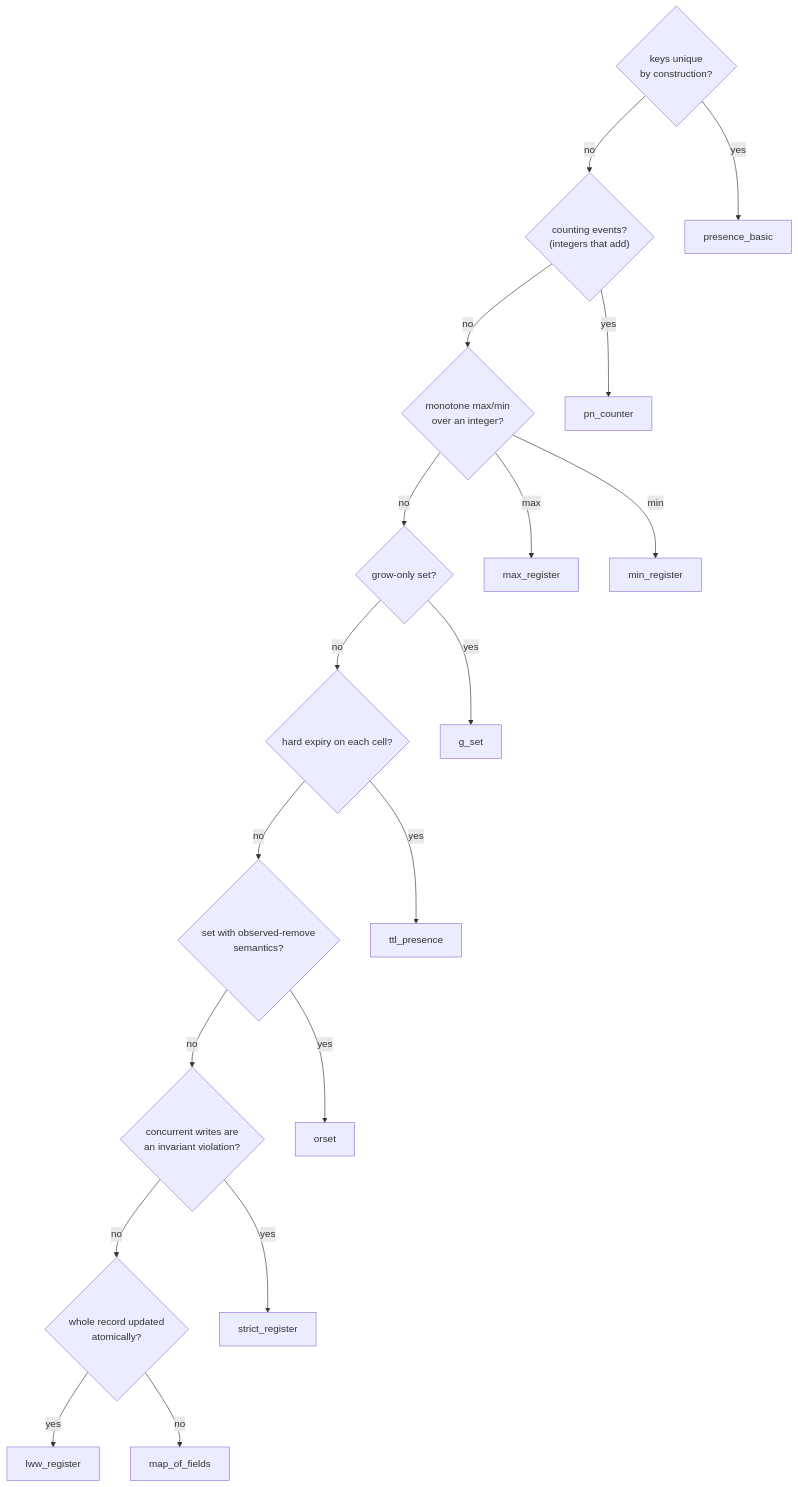
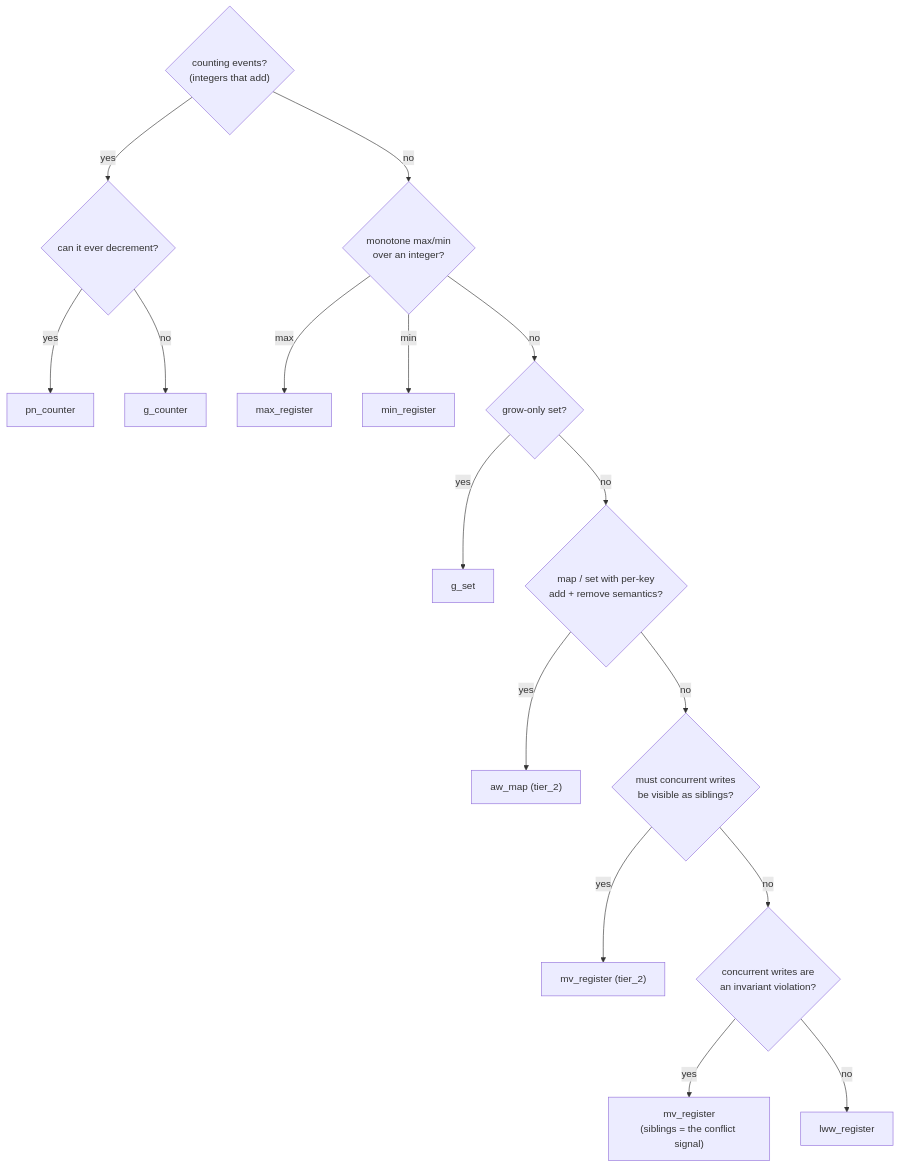
The second of 4 diagrams in doc_extras/architecture/07_app_developers_tour.md (bondy-io/bondy_mst), drawn with Mermaid before and after one commit. The commit also changed other lines of this file and 38 other files, not shown here.

Commit message:
add new CRDTs and document new architecture

````diff
--- a/doc_extras/architecture/07_app_developers_tour.md
+++ b/doc_extras/architecture/07_app_developers_tour.md
@@ -69,40 +57,36 @@
 ```mermaid
 flowchart TB
-    Q1{"keys unique<br/>by construction?"}
     QN{"counting events?<br/>(integers that add)"}
+    QGC{"can it ever decrement?"}
     QM{"monotone max/min<br/>over an integer?"}
     QG{"grow-only set?"}
-    Q2{"hard expiry on each cell?"}
-    Q3{"set with observed-remove<br/>semantics?"}
+    QMAP{"map / set with per-key<br/>add + remove semantics?"}
+    QSIB{"must concurrent writes<br/>be visible as siblings?"}
     Q4{"concurrent writes are<br/>an invariant violation?"}
-    Q5{"whole record updated<br/>atomically?"}
 
-    PRES["presence_basic"]
     PNC["pn_counter"]
+    GC["g_counter"]
     MAXR["max_register"]
     MINR["min_register"]
     GSET["g_set"]
-    TTL["ttl_presence"]
-    ORSET["orset"]
-    STRICT["strict_register"]
+    AWM["aw_map (tier_2)"]
+    MVR["mv_register (tier_2)"]
+    STRICT["mv_register<br/>(siblings = the conflict signal)"]
     LWW["lww_register"]
-    MOF["map_of_fields"]
 
-    Q1 -->|yes| PRES
-    Q1 -->|no| QN
-    QN -->|yes| PNC
+    QN -->|yes| QGC
+    QGC -->|yes| PNC
+    QGC -->|no| GC
     QN -->|no| QM
     QM -->|max| MAXR
     QM -->|min| MINR
     QM -->|no| QG
     QG -->|yes| GSET
-    QG -->|no| Q2
-    Q2 -->|yes| TTL
-    Q2 -->|no| Q3
-    Q3 -->|yes| ORSET
-    Q3 -->|no| Q4
+    QG -->|no| QMAP
+    QMAP -->|yes| AWM
+    QMAP -->|no| QSIB
+    QSIB -->|yes| MVR
+    QSIB -->|no| Q4
     Q4 -->|yes| STRICT
-    Q4 -->|no| Q5
-    Q5 -->|yes| LWW
-    Q5 -->|no| MOF
+    Q4 -->|no| LWW
 ```
````
